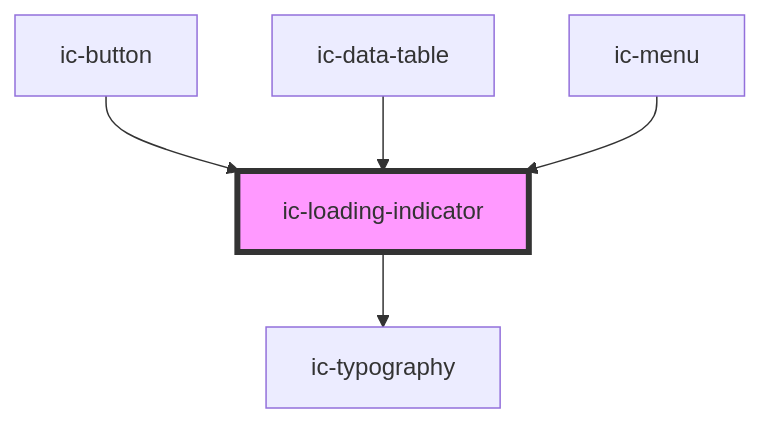
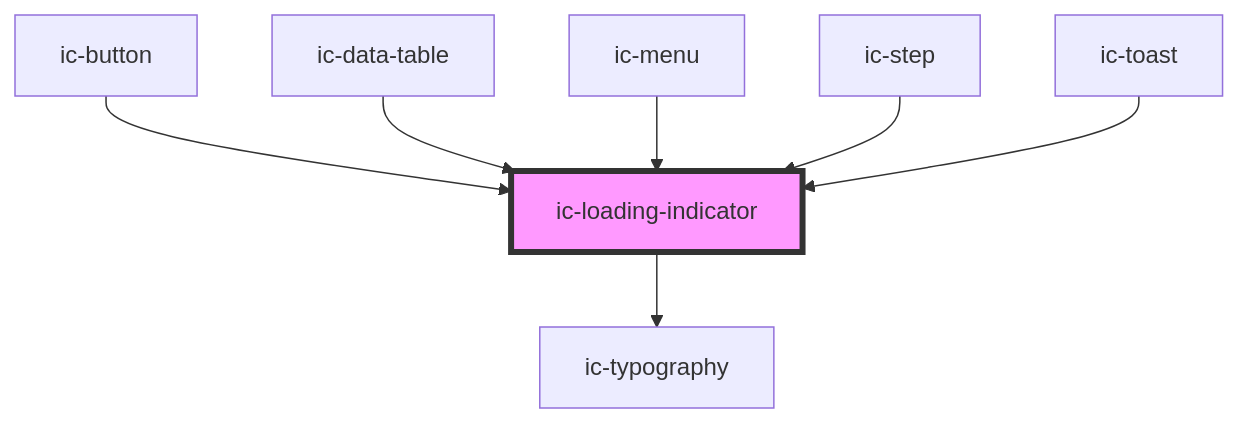
Before and after one commit to mi6/ic-ui-kit: the diagram in packages/web-components/src/components/ic-loading-indicator/readme.md, drawn with Mermaid. The commit also changed other lines of this file and 24 other files, not shown here.

````diff
--- a/packages/web-components/src/components/ic-loading-indicator/readme.md
+++ b/packages/web-components/src/components/ic-loading-indicator/readme.md
@@ -52,8 +56,10 @@
 ```mermaid
 graph TD;
   ic-loading-indicator --> ic-typography
   ic-button --> ic-loading-indicator
   ic-data-table --> ic-loading-indicator
   ic-menu --> ic-loading-indicator
+  ic-step --> ic-loading-indicator
+  ic-toast --> ic-loading-indicator
   style ic-loading-indicator fill:#f9f,stroke:#333,stroke-width:4px
 ```
````
